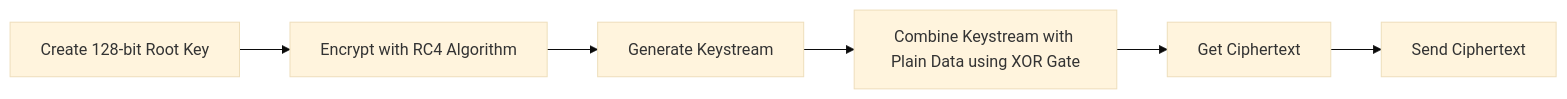
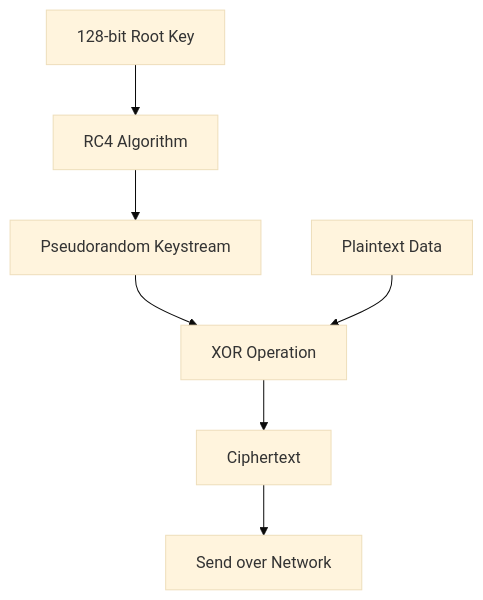
One commit to Pr0xyG33k/Pr0xyG33k.github.io changed the first of 3 diagrams in posts/wireless03/index.md. Above: the diagram before and after it, drawn with Mermaid (base theme). The commit also changed other lines of this file and 33 other files, not shown here.

````diff
--- a/posts/wireless03/index.md
+++ b/posts/wireless03/index.md
@@ -18,8 +17,18 @@
 ```mermaid
-graph LR
-    A[Create 128-bit Root Key] --> B[Encrypt with RC4 Algorithm]
-    B --> C[Generate Keystream]
-    C --> D[Combine Keystream with Plain Data using XOR Gate]
-    D --> E[Get Ciphertext]
-    E --> F[Send Ciphertext]
+graph TD
+    RK[128-bit Root Key]
+    RC4[RC4 Algorithm]
+    KS[Pseudorandom Keystream]
+    XOR[XOR Operation]
+    PT[Plaintext Data]
+    CT[Ciphertext]
+    NET[Send over Network]
+
+    RK --> RC4
+    RC4 --> KS
+    KS --> XOR
+    PT --> XOR
+    XOR --> CT
+    CT --> NET
+
 ```
````
